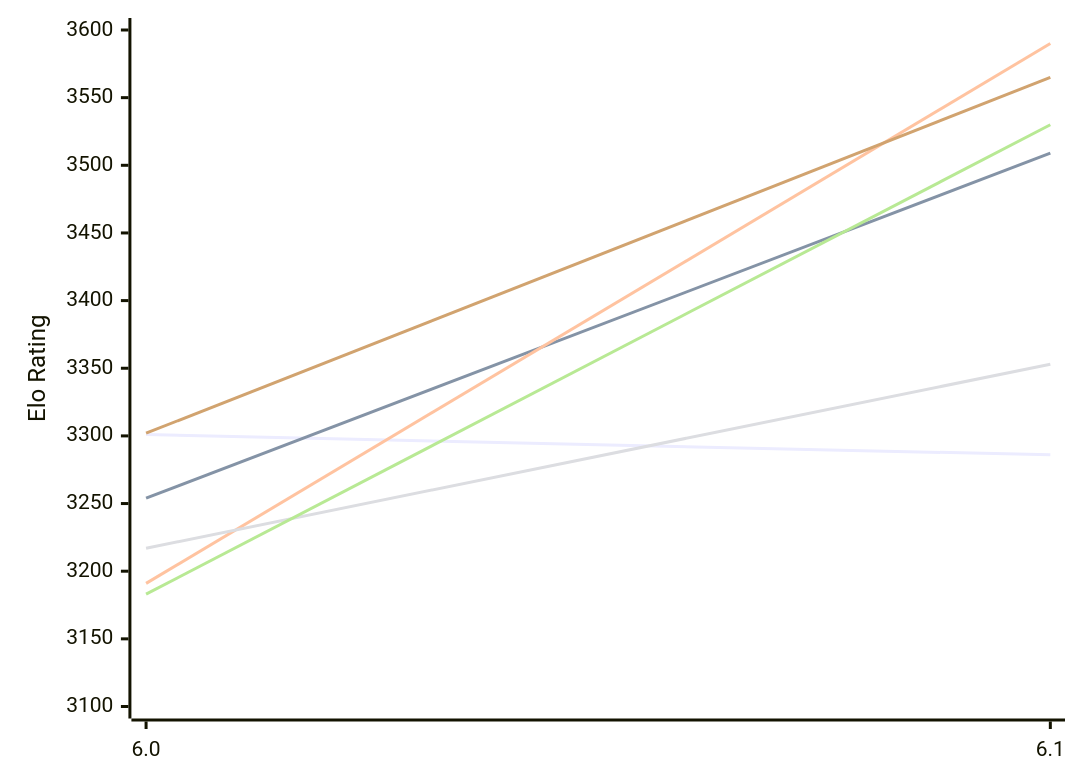
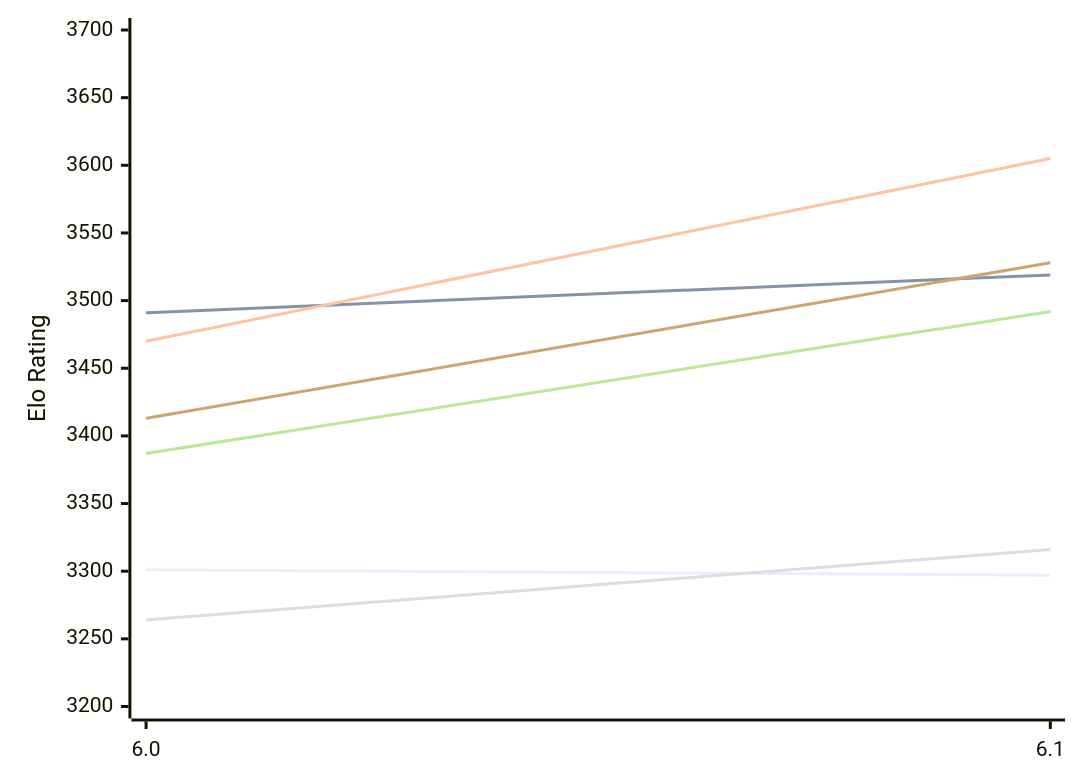
The first of 2 diagrams in engines/Starzix.md (computer-chess-index/cci), drawn with Mermaid before and after one commit. The commit also changed other lines of this file, not shown here.

Commit message:
Update CCI Ratings (ELO VLTC) - 2026-11-14

````diff
--- a/engines/Starzix.md
+++ b/engines/Starzix.md
@@ -51,12 +51,12 @@
 ```mermaid
 %%{init: {"theme":"base","themeVariables":{"seriesColors:['#a3a3a3','#222221','#faa371']}}}%%
 xychart-beta
   x-axis ["6.0", "6.1"]
-  y-axis "Elo Rating" 3100 --> 3600
-  line "E1: STC (8.0+0.08s)" [3301, 3286]
-  line "E1: LTC (60.0+0.60s)" [3254, 3509]
-  line "E1: VLTC (2m24s+1.12s)" [3191, 3590]
-  line "P1: STC (8.0+0.08s)" [3217, 3353]
-  line "P1: LTC (60.0+0.60s)" [3183, 3530]
-  line "P1: VLTC (2m24s+1.12s)" [3302, 3565]
+  y-axis "Elo Rating" 3200 --> 3700
+  line "E1: STC (8.0+0.08s)" [3301, 3297]
+  line "E1: LTC (60.0+0.60s)" [3491, 3519]
+  line "E1: VLTC (2m24s+1.12s)" [3470, 3605]
+  line "P1: STC (8.0+0.08s)" [3264, 3316]
+  line "P1: LTC (60.0+0.60s)" [3387, 3492]
+  line "P1: VLTC (2m24s+1.12s)" [3413, 3528]
 ```
````
